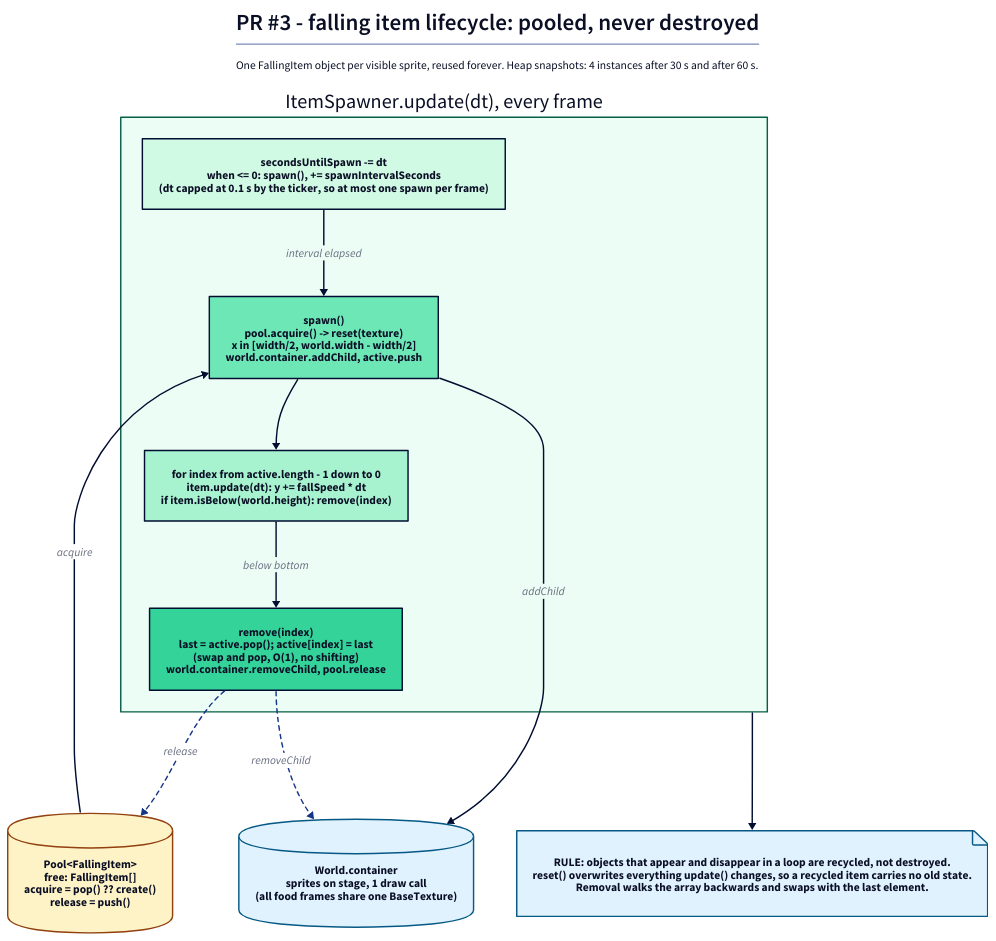
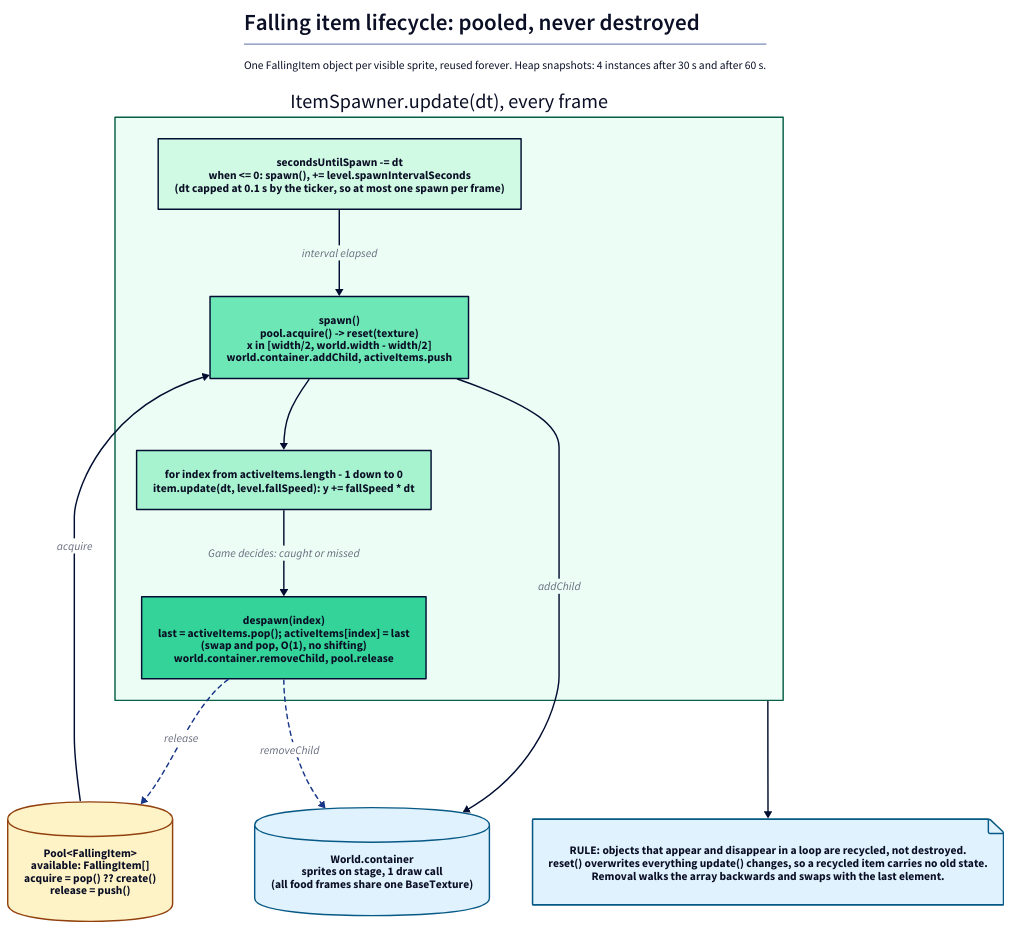
One commit to mdev-co/pixi-catcher changed the diagram in docs/diagrams/item-lifecycle.d2. Above: the diagram before and after it, drawn with D2. The commit also changed 7 other files, not shown here.

First line of the commit message:
docs: readme, screenshot and diagrams that match the code

```diff
--- a/docs/diagrams/item-lifecycle.d2
+++ b/docs/diagrams/item-lifecycle.d2
@@ -1,39 +1,39 @@
 direction: down
 vars: {
   d2-config: {
     theme-id: 8
     pad: 40
   }
 }
 
 title: |md
-  # PR #3 - falling item lifecycle: pooled, never destroyed
+  # Falling item lifecycle: pooled, never destroyed
   One FallingItem object per visible sprite, reused forever. Heap snapshots: 4 instances after 30 s and after 60 s.
 | {near: top-center}
 
 spawner: "ItemSpawner.update(dt), every frame" {
   style.fill: "#ecfdf5"
   style.stroke: "#065f46"
-  timer: "secondsUntilSpawn -= dt\nwhen <= 0: spawn(), += spawnIntervalSeconds\n(dt capped at 0.1 s by the ticker, so at most one spawn per frame)" {style.fill: "#d1fae5"}
-  spawn: "spawn()\npool.acquire() -> reset(texture)\nx in [width/2, world.width - width/2]\nworld.container.addChild, active.push" {style.fill: "#6ee7b7"}
-  loop: "for index from active.length - 1 down to 0\nitem.update(dt): y += fallSpeed * dt\nif item.isBelow(world.height): remove(index)" {style.fill: "#a7f3d0"}
-  remove: "remove(index)\nlast = active.pop(); active[index] = last\n(swap and pop, O(1), no shifting)\nworld.container.removeChild, pool.release" {style.fill: "#34d399"}
+  timer: "secondsUntilSpawn -= dt\nwhen <= 0: spawn(), += level.spawnIntervalSeconds\n(dt capped at 0.1 s by the ticker, so at most one spawn per frame)" {style.fill: "#d1fae5"}
+  spawn: "spawn()\npool.acquire() -> reset(texture)\nx in [width/2, world.width - width/2]\nworld.container.addChild, activeItems.push" {style.fill: "#6ee7b7"}
+  loop: "for index from activeItems.length - 1 down to 0\nitem.update(dt, level.fallSpeed): y += fallSpeed * dt" {style.fill: "#a7f3d0"}
+  remove: "despawn(index)\nlast = activeItems.pop(); activeItems[index] = last\n(swap and pop, O(1), no shifting)\nworld.container.removeChild, pool.release" {style.fill: "#34d399"}
   timer -> spawn: "interval elapsed"
   spawn -> loop
-  loop -> remove: "below bottom"
+  loop -> remove: "Game decides: caught or missed"
 }
 
-pool: "Pool<FallingItem>\nfree: FallingItem[]\nacquire = pop() ?? create()\nrelease = push()" {shape: cylinder; style.fill: "#fef3c7"; style.stroke: "#92400e"}
+pool: "Pool<FallingItem>\navailable: FallingItem[]\nacquire = pop() ?? create()\nrelease = push()" {shape: cylinder; style.fill: "#fef3c7"; style.stroke: "#92400e"}
 world: "World.container\nsprites on stage, 1 draw call\n(all food frames share one BaseTexture)" {shape: cylinder; style.fill: "#e0f2fe"; style.stroke: "#075985"}
 
 pool -> spawner.spawn: "acquire"
 spawner.remove -> pool: "release" {style.stroke-dash: 3}
 spawner.spawn -> world: "addChild"
 spawner.remove -> world: "removeChild" {style.stroke-dash: 3}
 
 rule: "RULE: objects that appear and disappear in a loop are recycled, not destroyed.\nreset() overwrites everything update() changes, so a recycled item carries no old state.\nRemoval walks the array backwards and swaps with the last element." {
   shape: page
   style.fill: "#e0f2fe"
   style.stroke: "#075985"
 }
 spawner -> rule
```
